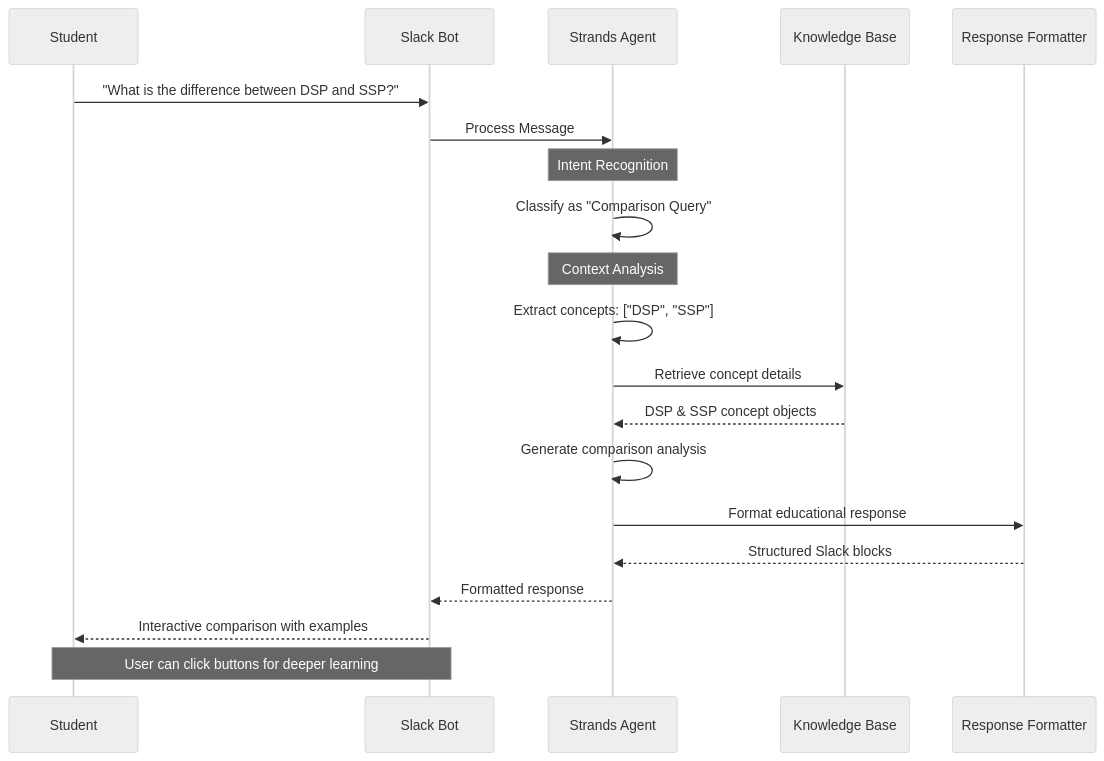
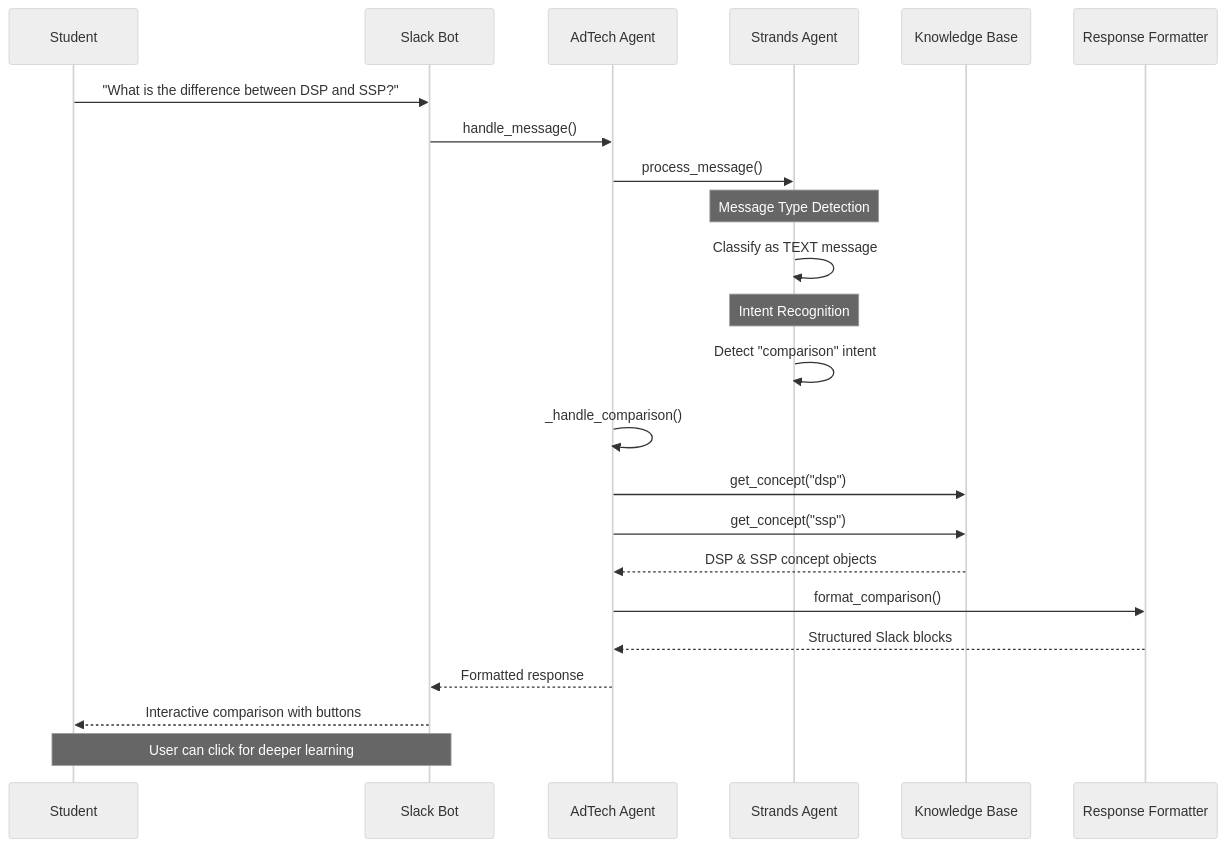
Before and after one commit to bkeelapudi/Adtech-tech-teaching-assistant: the third of 14 diagrams in blog_post.md, drawn with Mermaid (neutral theme). The commit also changed other lines of this file, not shown here.

````diff
--- a/blog_post.md
+++ b/blog_post.md
@@ -106,29 +133,32 @@
 ```mermaid
 sequenceDiagram
     participant U as Student
     participant S as Slack Bot
+    participant A as AdTech Agent
     participant SA as Strands Agent
     participant KB as Knowledge Base
     participant RF as Response Formatter
     
     U->>S: "What is the difference between DSP and SSP?"
-    S->>SA: Process Message
+    S->>A: handle_message()
+    A->>SA: process_message()
+    
+    Note over SA: Message Type Detection
+    SA->>SA: Classify as TEXT message
     
     Note over SA: Intent Recognition
-    SA->>SA: Classify as "Comparison Query"
+    SA->>SA: Detect "comparison" intent
     
-    Note over SA: Context Analysis
-    SA->>SA: Extract concepts: ["DSP", "SSP"]
+    A->>A: _handle_comparison()
+    A->>KB: get_concept("dsp")
+    A->>KB: get_concept("ssp")
+    KB-->>A: DSP & SSP concept objects
     
-    SA->>KB: Retrieve concept details
-    KB-->>SA: DSP & SSP concept objects
+    A->>RF: format_comparison()
+    RF-->>A: Structured Slack blocks
     
-    SA->>SA: Generate comparison analysis
-    SA->>RF: Format educational response
-    RF-->>SA: Structured Slack blocks
+    A-->>S: Formatted response
+    S-->>U: Interactive comparison with buttons
     
-    SA-->>S: Formatted response
-    S-->>U: Interactive comparison with examples
-    
-    Note over U,S: User can click buttons for deeper learning
+    Note over U,S: User can click for deeper learning
 ```
````
